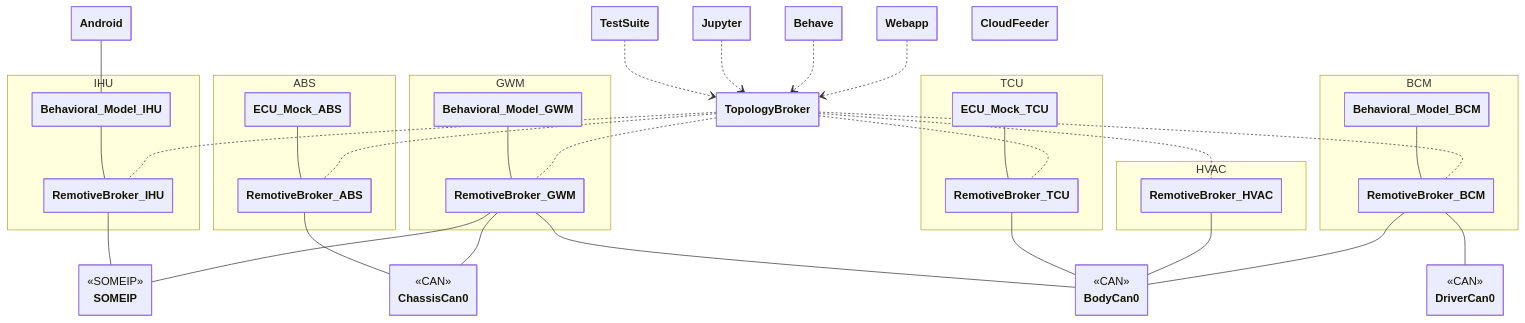
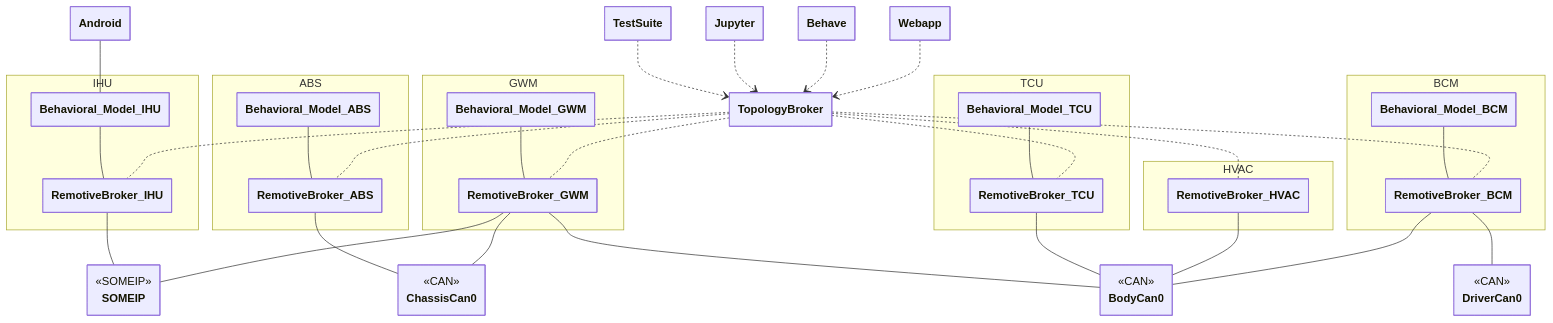
Before and after one commit to remotivelabs/remotivelabs-topology-examples: the first of 2 diagrams in remotive_car/instances/android/README.md, drawn with Mermaid. The commit also changed other lines of this file and 36 other files, not shown here.

```diff
--- a/remotive_car/instances/android/README.md
+++ b/remotive_car/instances/android/README.md
@@ -22,7 +22,7 @@
 ---
     classDiagram
     namespace ABS {
-        class ECU_Mock_ABS
+        class Behavioral_Model_ABS
         class RemotiveBroker_ABS
     }
 
@@ -41,7 +41,7 @@
     }
 
     namespace TCU {
-        class ECU_Mock_TCU
+        class Behavioral_Model_TCU
         class RemotiveBroker_TCU
     }
 
@@ -74,7 +74,6 @@
     class Jupyter
     class Webapp
     class Behave
-    class CloudFeeder
 
     RemotiveBroker_ABS -- ChassisCan0
     RemotiveBroker_GWM -- ChassisCan0
@@ -91,10 +90,10 @@
     RemotiveBroker_GWM -- SOMEIP
 
 
-    ECU_Mock_ABS -- RemotiveBroker_ABS
+    Behavioral_Model_ABS -- RemotiveBroker_ABS
     Behavioral_Model_BCM -- RemotiveBroker_BCM
     Behavioral_Model_GWM -- RemotiveBroker_GWM
-    ECU_Mock_TCU -- RemotiveBroker_TCU
+    Behavioral_Model_TCU -- RemotiveBroker_TCU
     Behavioral_Model_IHU -- RemotiveBroker_IHU
     Android -- Behavioral_Model_IHU
 
```
